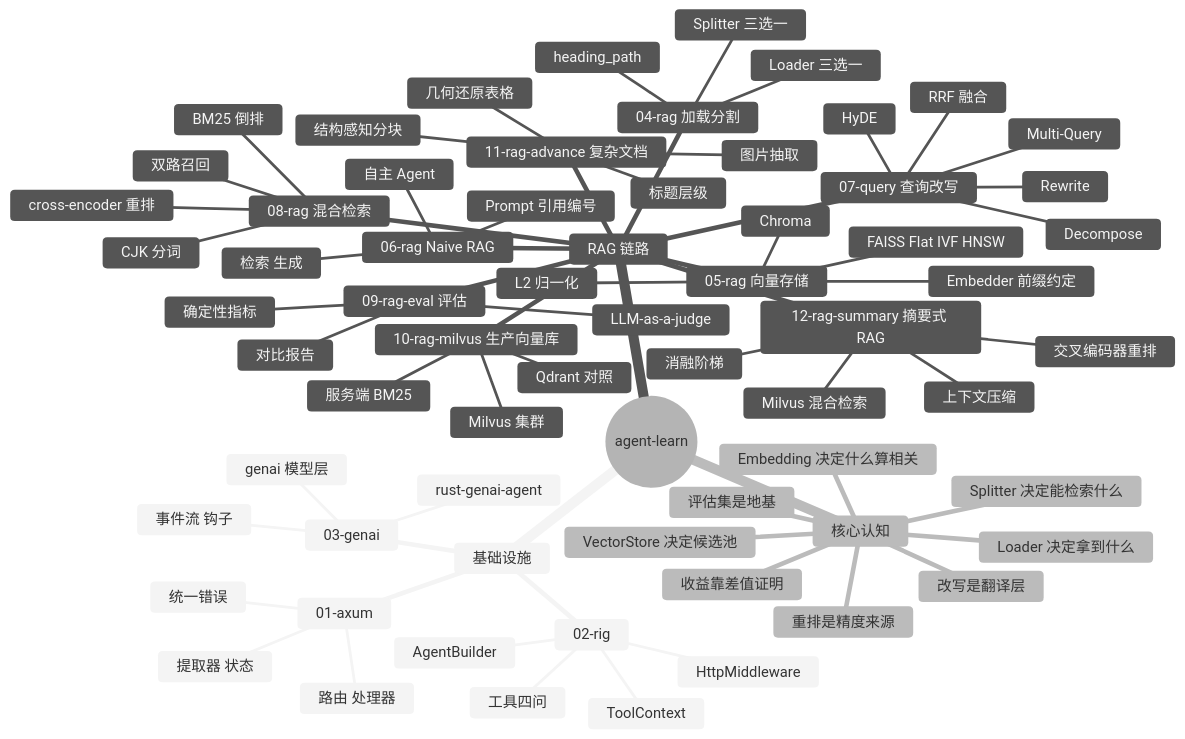
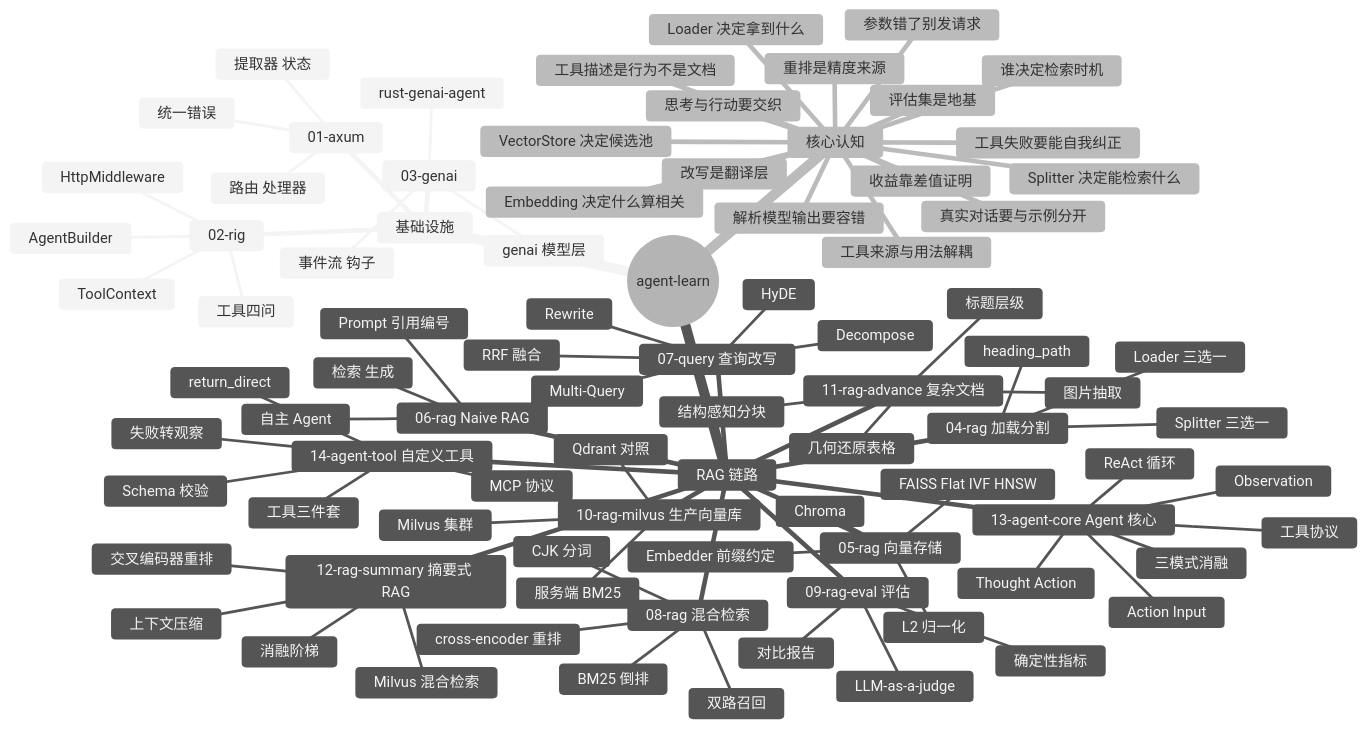
The first of 5 diagrams in README.md (heheshang/agent-learn), drawn with Mermaid (neutral theme) before and after one commit. The commit also changed other lines of this file and 90 other files, not shown here.

````diff
--- a/README.md
+++ b/README.md
@@ -80,6 +83,19 @@
         交叉编码器重排
         上下文压缩
         消融阶梯
+      13-agent-core Agent 核心
+        ReAct 循环
+        Thought Action
+        Action Input
+        Observation
+        工具协议
+        三模式消融
+      14-agent-tool 自定义工具
+        工具三件套
+        Schema 校验
+        失败转观察
+        MCP 协议
+        return_direct
     核心认知
       Loader 决定拿到什么
       Splitter 决定能检索什么
@@ -89,4 +105,12 @@
       重排是精度来源
       收益靠差值证明
       评估集是地基
+      思考与行动要交织
+      谁决定检索时机
+      解析模型输出要容错
+      工具描述是行为不是文档
+      工具失败要能自我纠正
+      参数错了别发请求
+      工具来源与用法解耦
+      真实对话要与示例分开
 ```
````
